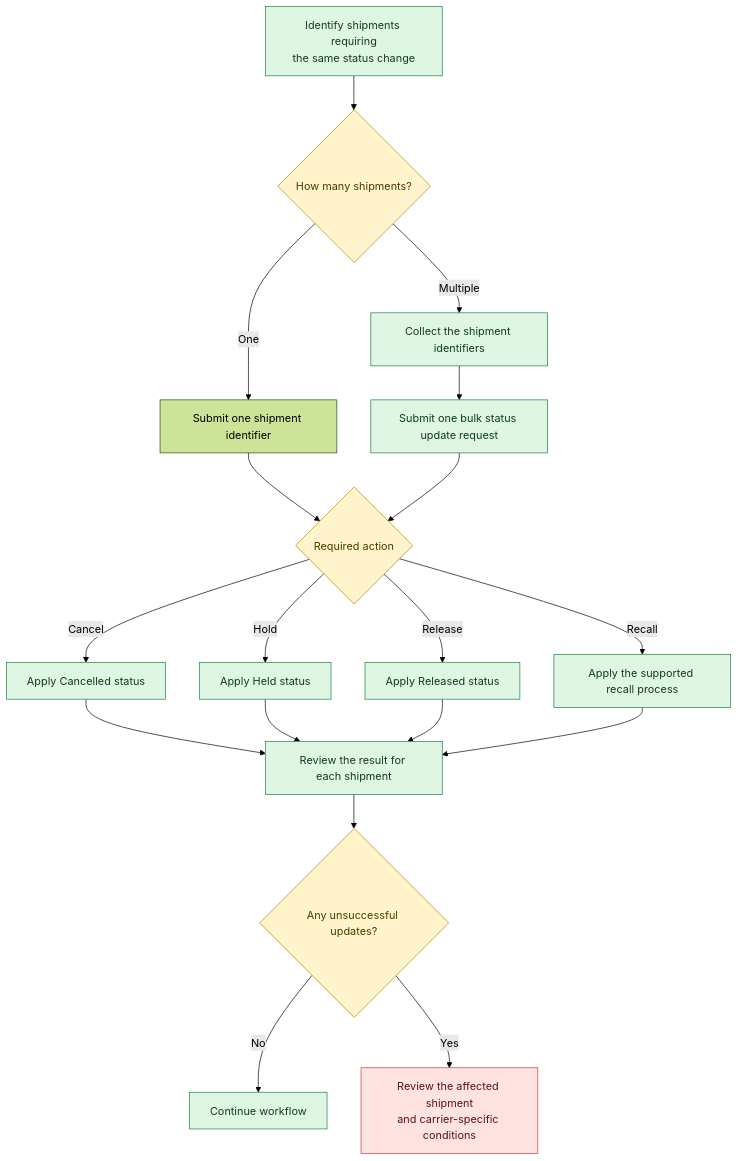
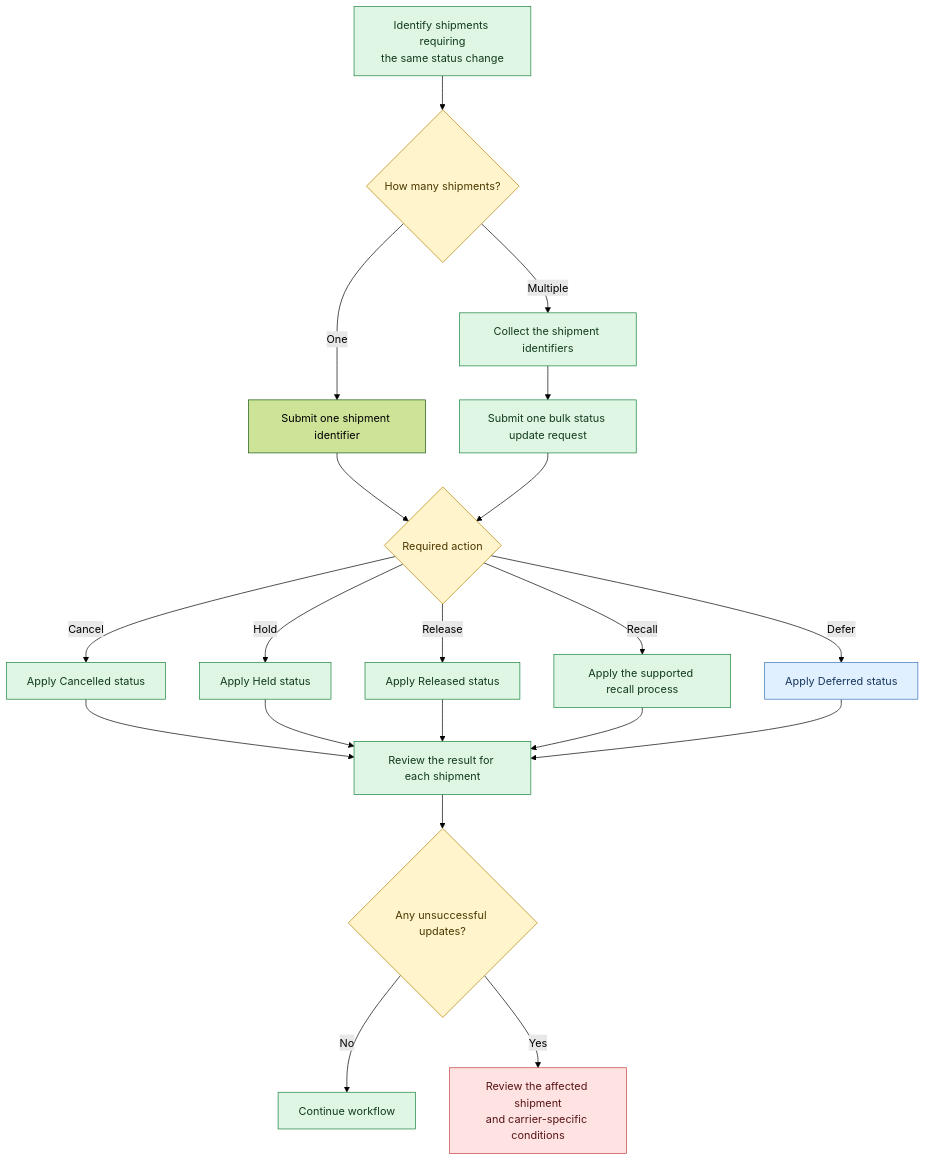
The diagram in docs/Shipment lifecycle and best practices/shipment-lifecycle-and-best-practices/bulk-status-update-flow.md (SHaroonShah/Readme-Developers-Hub---Production), drawn with Mermaid (forest theme) before and after one commit.

Commit message:
Updated "Bulk status update flow" in docs

````diff
--- a/docs/Shipment lifecycle and best practices/shipment-lifecycle-and-best-practices/bulk-status-update-flow.md
+++ b/docs/Shipment lifecycle and best practices/shipment-lifecycle-and-best-practices/bulk-status-update-flow.md
@@ -33,33 +33,41 @@
 ```mermaid
 flowchart TD
+
     A["Identify shipments requiring<br/>the same status change"] --> B{How many shipments?}
 
     B -->|One| C[Submit one shipment identifier]
     B -->|Multiple| D[Collect the shipment identifiers]
+
     D --> E[Submit one bulk status update request]
 
     C --> F{Required action}
     E --> F
 
     F -->|Cancel| G[Apply Cancelled status]
     F -->|Hold| H[Apply Held status]
     F -->|Release| I[Apply Released status]
     F -->|Recall| J[Apply the supported recall process]
+    F -->|Defer| O[Apply Deferred status]
 
     G --> K[Review the result for each shipment]
     H --> K
     I --> K
     J --> K
+    O --> K
 
     K --> L{Any unsuccessful updates?}
+
     L -->|No| M[Continue workflow]
+
     L -->|Yes| N["Review the affected shipment<br/>and carrier-specific conditions"]
 
     classDef bulk fill:#dff6e4,stroke:#16823b,color:#123b1e;
     classDef decision fill:#fff4cc,stroke:#b58100,color:#4d3900;
     classDef review fill:#ffe2e2,stroke:#c53d3d,color:#571515;
+    classDef deferred fill:#e0f0ff,stroke:#3973b8,color:#17365d;
 
     class A,D,E,G,H,I,J,K,M bulk;
     class B,F,L decision;
     class N review;
+    class O deferred;
 ```
````
